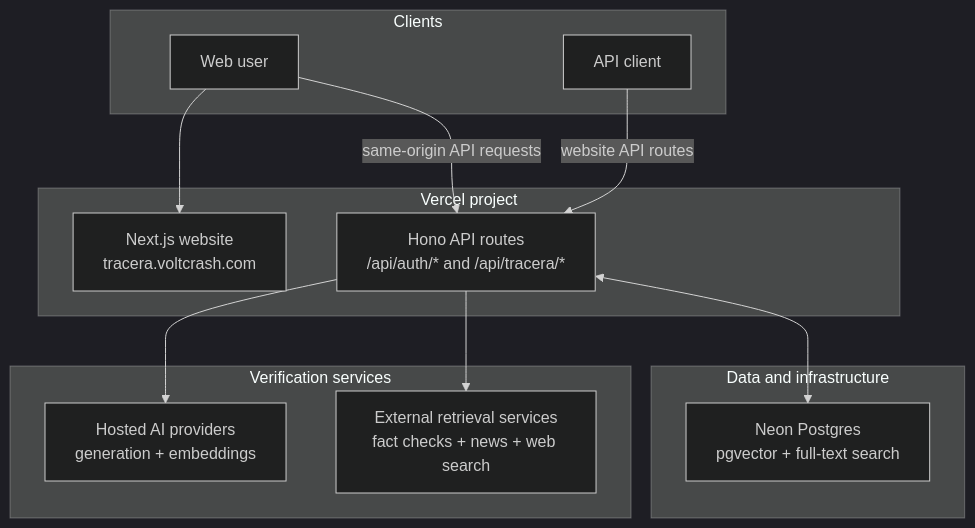
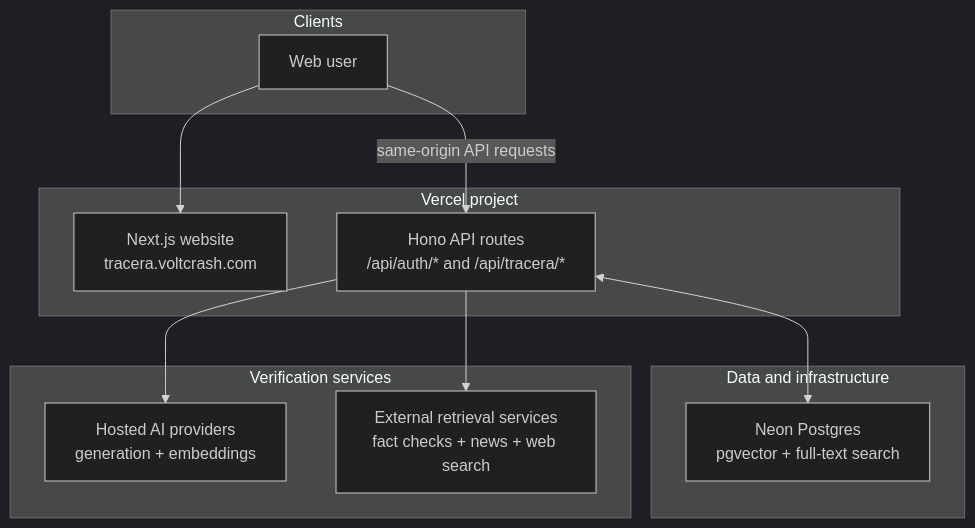
The diagram in README.md (voltcrash/tracera), drawn with Mermaid (dark theme) before and after one commit. The commit also changed other lines of this file and 11 other files, not shown here.

````diff
--- a/README.md
+++ b/README.md
@@ -60,28 +60,26 @@
 ```mermaid
 flowchart TB
     subgraph Clients
         User["Web user"]
-        Consumer["API client"]
     end
 
     subgraph Vercel["Vercel project"]
         Website["Next.js website<br/>tracera.voltcrash.com"]
         Routes["Hono API routes<br/>/api/auth/* and /api/tracera/*"]
     end
 
     subgraph Data["Data and infrastructure"]
         Neon["Neon Postgres<br/>pgvector + full-text search"]
     end
 
     subgraph Intelligence["Verification services"]
         AI["Hosted AI providers<br/>generation + embeddings"]
         Retrieval["External retrieval services<br/>fact checks + news + web search"]
     end
 
     User --> Website
     User -->|same-origin API requests| Routes
-    Consumer -->|website API routes| Routes
     Routes <--> Neon
     Routes --> AI
     Routes --> Retrieval
 ```
````
